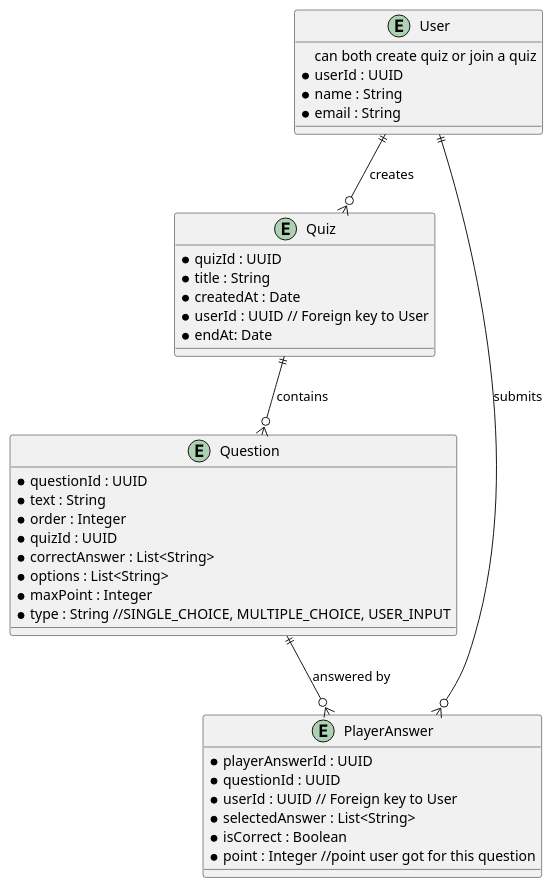
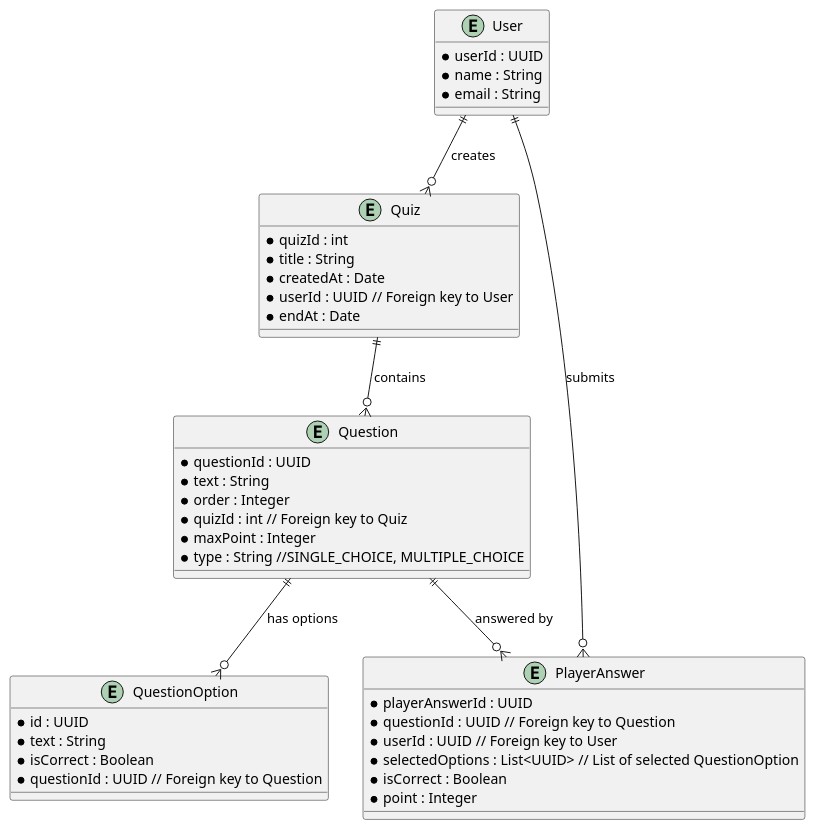
Before and after one commit to quango2304/realtime_quiz_system: the diagram in diagrams/erd.iuml, drawn with PlantUML. The commit also changed 11 other files, not shown here.

Commit message:
refactor diagramsadd document

```diff
--- a/diagrams/erd.iuml
+++ b/diagrams/erd.iuml
@@ -1,44 +1,49 @@
 @startuml erd_diagram
 
 entity "Quiz" {
-  * quizId : UUID
+  * quizId : int
   * title : String
   * createdAt : Date
   * userId : UUID // Foreign key to User
-  * endAt: Date
+  * endAt : Date
 }
 
 entity "Question" {
   * questionId : UUID
   * text : String
   * order : Integer
-  * quizId : UUID
-  * correctAnswer : List<String>
-  * options : List<String>
+  * quizId : int // Foreign key to Quiz
   * maxPoint : Integer
-  * type : String //SINGLE_CHOICE, MULTIPLE_CHOICE, USER_INPUT
+  * type : String //SINGLE_CHOICE, MULTIPLE_CHOICE
+}
+
+entity "QuestionOption" {
+  * id : UUID
+  * text : String
+  * isCorrect : Boolean
+  * questionId : UUID // Foreign key to Question
+}
+
+entity "PlayerAnswer" {
+  * playerAnswerId : UUID
+  * questionId : UUID // Foreign key to Question
+  * userId : UUID // Foreign key to User
+  * selectedOptions : List<UUID> // List of selected QuestionOption
+  * isCorrect : Boolean
+  * point : Integer
 }
 
 entity "User" {
-  can both create quiz or join a quiz
-  * userId : UUID 
+  * userId : UUID
   * name : String
   * email : String
 }
 
-entity "PlayerAnswer" {
-  * playerAnswerId : UUID
-  * questionId : UUID
-  * userId : UUID // Foreign key to User
-  * selectedAnswer : List<String>
-  * isCorrect : Boolean
-  * point : Integer //point user got for this question
-}
-
 ' Relationships
 Quiz ||--o{ Question : "contains"
+Question ||--o{ QuestionOption : "has options"
 Question ||--o{ PlayerAnswer : "answered by"
 User ||--o{ PlayerAnswer : "submits"
 User ||--o{ Quiz : "creates"
 
 @enduml
```
